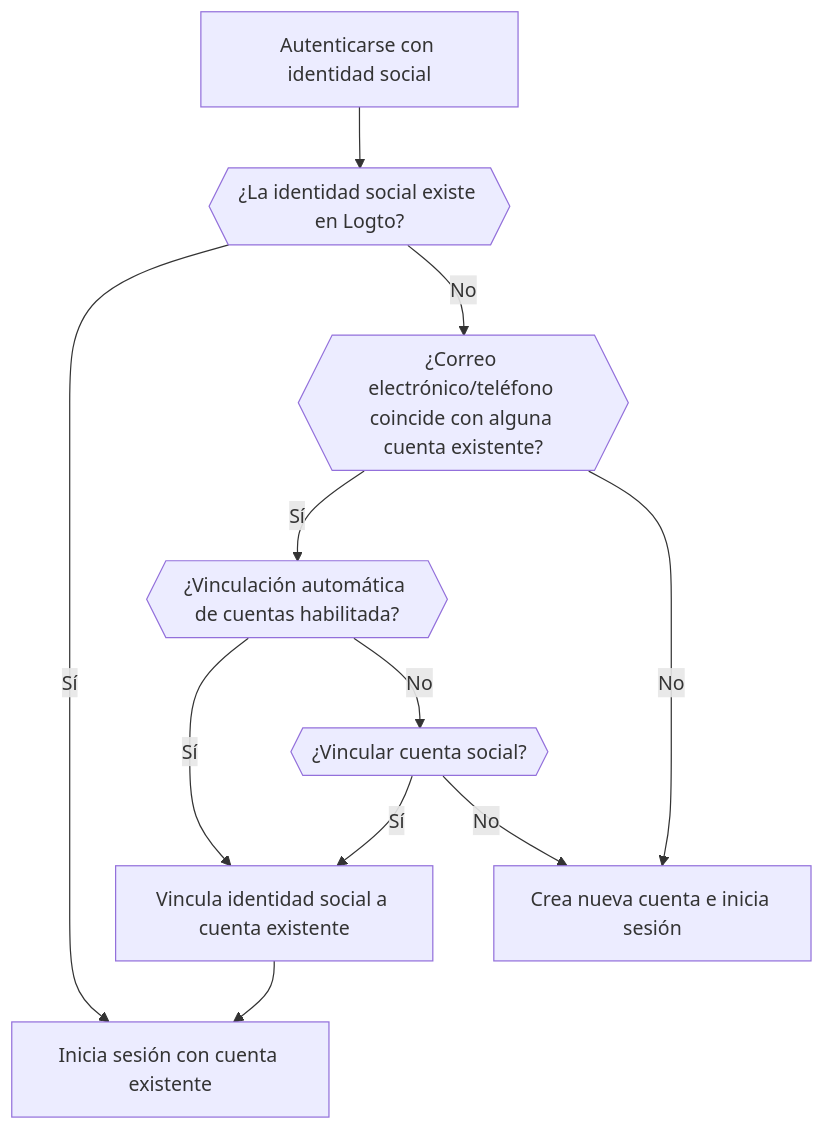
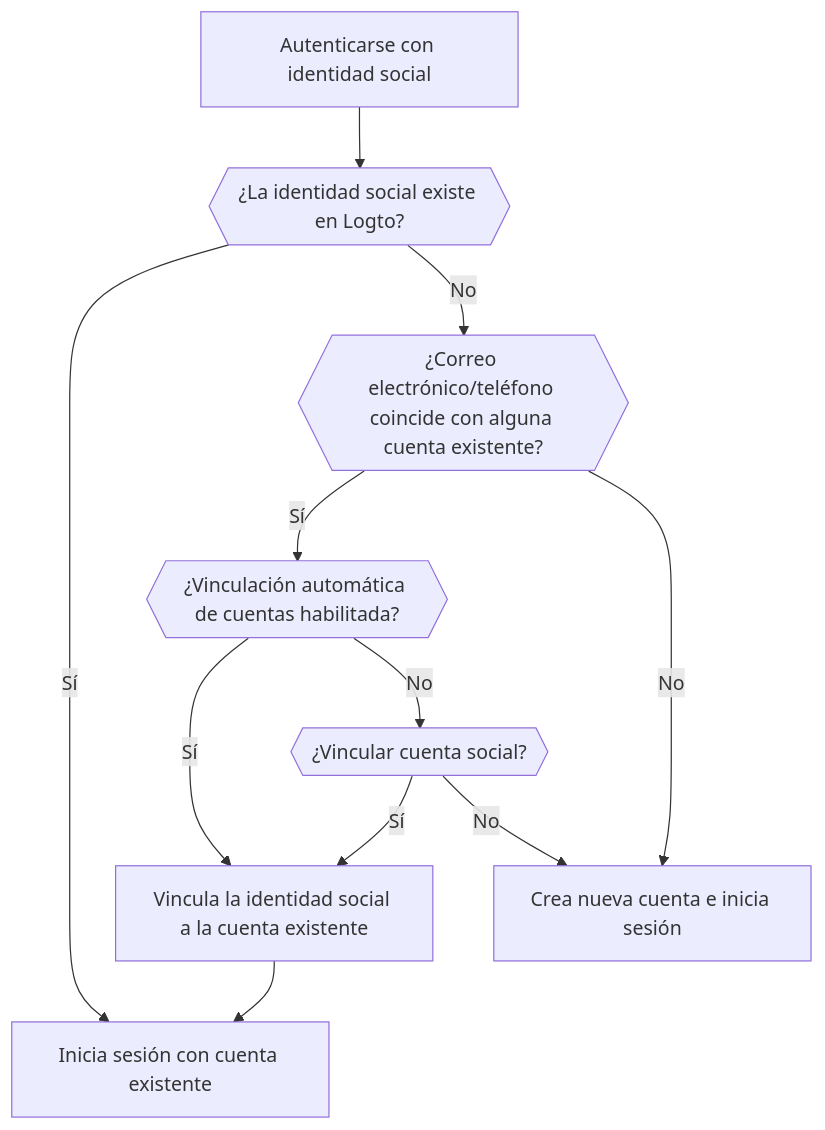
The second of 6 diagrams in i18n/es/docusaurus-plugin-content-docs/current/end-user-flows/sign-up-and-sign-in/social-sign-in.mdx (logto-io/docs), drawn with Mermaid before and after one commit. The commit also changed other lines of this file and 67 other files, not shown here.

````diff
--- a/i18n/es/docusaurus-plugin-content-docs/current/end-user-flows/sign-up-and-sign-in/social-sign-in.mdx
+++ b/i18n/es/docusaurus-plugin-content-docs/current/end-user-flows/sign-up-and-sign-in/social-sign-in.mdx
@@ -80,13 +80,13 @@
     ```mermaid
     flowchart TD
     A[Autenticarse con identidad social] --> B{{¿La identidad social existe en Logto?}}
     B -- Sí --> C[Inicia sesión con cuenta existente]
     B -- No --> D{{¿Correo electrónico/teléfono coincide con alguna cuenta existente?}}
     D -- Sí --> E{{¿Vinculación automática de cuentas habilitada?}}
-    E -- Sí --> G[Vincula identidad social a cuenta existente]
+    E -- Sí --> G[Vincula la identidad social a la cuenta existente]
     G --> C
     D -- No --> H[Crea nueva cuenta e inicia sesión]
     E -- No --> I{{¿Vincular cuenta social?}}
     I -- Sí --> G
     I -- No --> H
     ```
````
